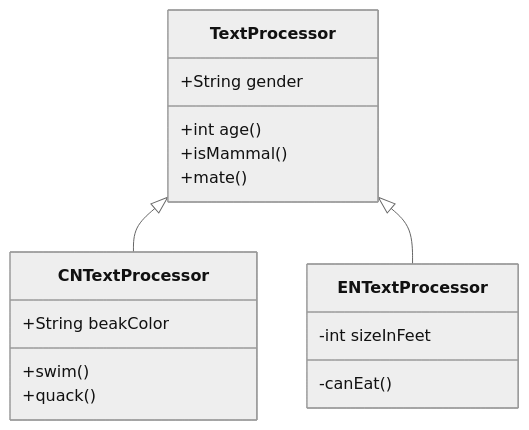
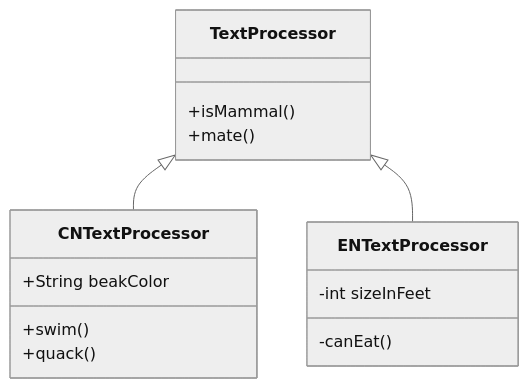
Before and after one commit to Jason-DancingBoy/iodraw-files: the diagram in all/未命名.md, drawn with Mermaid (neutral theme).

Commit message:
2026-01-02 20:32:08 update

````diff
--- a/all/未命名.md
+++ b/all/未命名.md
@@ -1,19 +1,17 @@
 ```mermaid
 classDiagram
     TextProcessor <|-- CNTextProcessor
     TextProcessor <|-- ENTextProcessor
-    TextProcessor : +int age()
-    TextProcessor : +String gender
     TextProcessor: +isMammal()
     TextProcessor: +mate()
     class CNTextProcessor{
       +String beakColor
       +swim()
       +quack()
     }
     class ENTextProcessor{
       -int sizeInFeet
       -canEat()
     }
             
 ```
````
